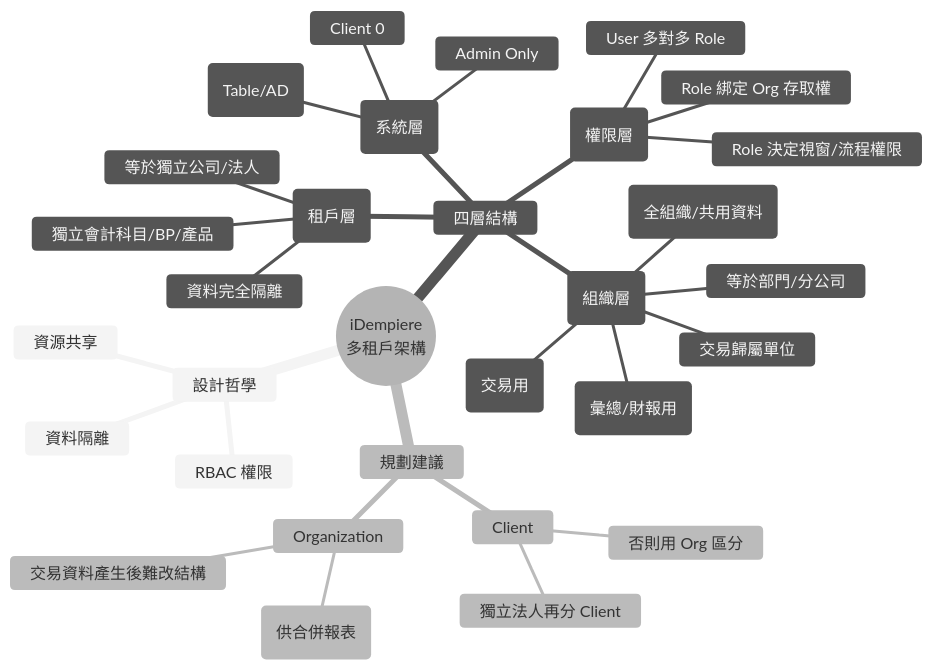
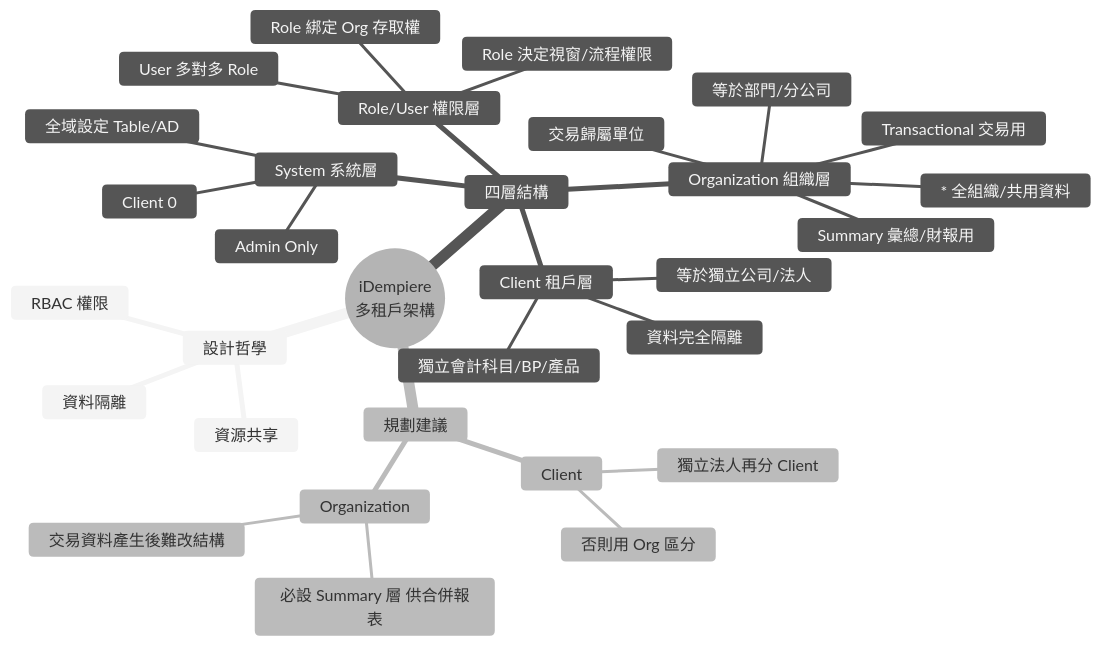
The third of 15 diagrams in iDempiere_Notes.md (nczz/claw_notes), drawn with Mermaid (neutral theme) before and after one commit. The commit also changed other lines of this file, not shown here.

Commit message:
Fix mermaid syntax error: remove parentheses in node text

````diff
--- a/iDempiere_Notes.md
+++ b/iDempiere_Notes.md
@@ -248,37 +248,37 @@
 ```mermaid
 mindmap
   root((iDempiere<br/>多租戶架構))
     設計哲學
       資料隔離
       資源共享
       RBAC 權限
     四層結構
-      System (系統層)
+      System 系統層
         Admin Only
         Client 0
-        全域設定 (Table/AD)
-      Client (租戶層)
+        全域設定 Table/AD
+      Client 租戶層
         ::icon(fa fa-building)
         等於獨立公司/法人
         資料完全隔離
         獨立會計科目/BP/產品
-      Organization (組織層)
+      Organization 組織層
         ::icon(fa fa-sitemap)
         等於部門/分公司
         交易歸屬單位
-        Summary (彙總/財報用)
-        Transactional (交易用)
-        * (全組織/共用資料)
-      Role/User (權限層)
+        Summary 彙總/財報用
+        Transactional 交易用
+        * 全組織/共用資料
+      Role/User 權限層
         ::icon(fa fa-users)
         User 多對多 Role
         Role 決定視窗/流程權限
         Role 綁定 Org 存取權
     規劃建議
       Client
         獨立法人再分 Client
         否則用 Org 區分
       Organization
-        必設 Summary 層 (供合併報表)
+        必設 Summary 層 供合併報表
         交易資料產生後難改結構
 ```
````
